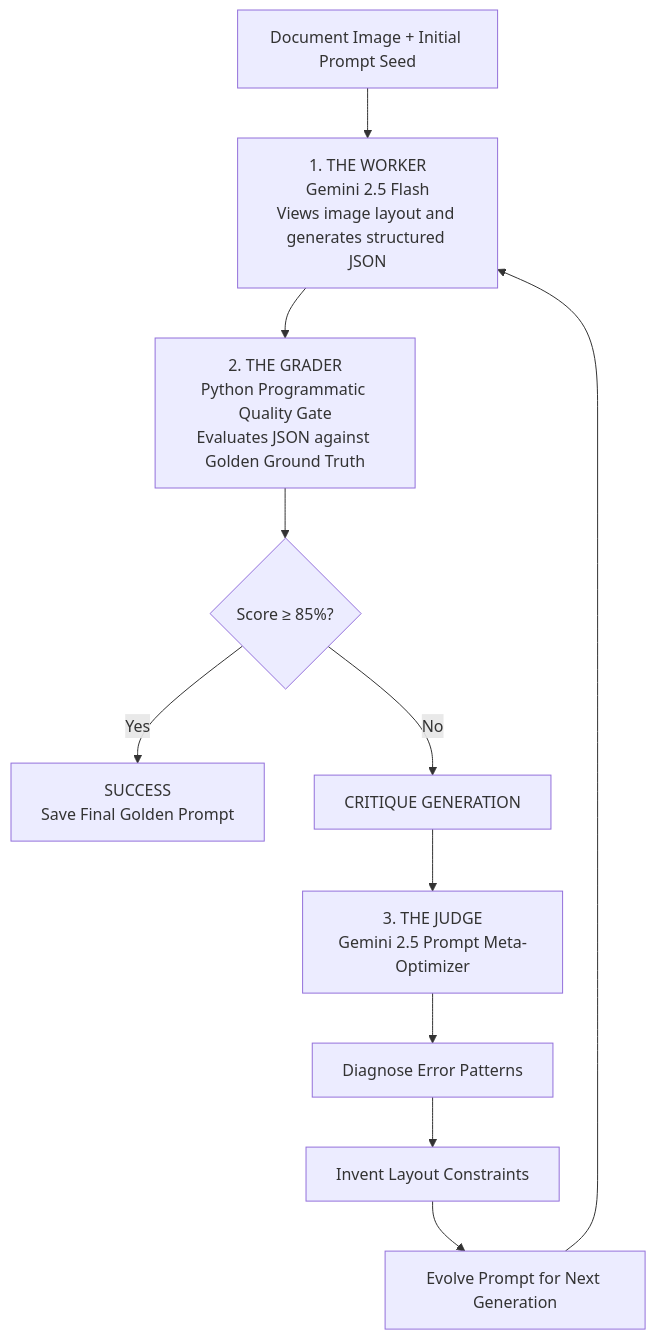
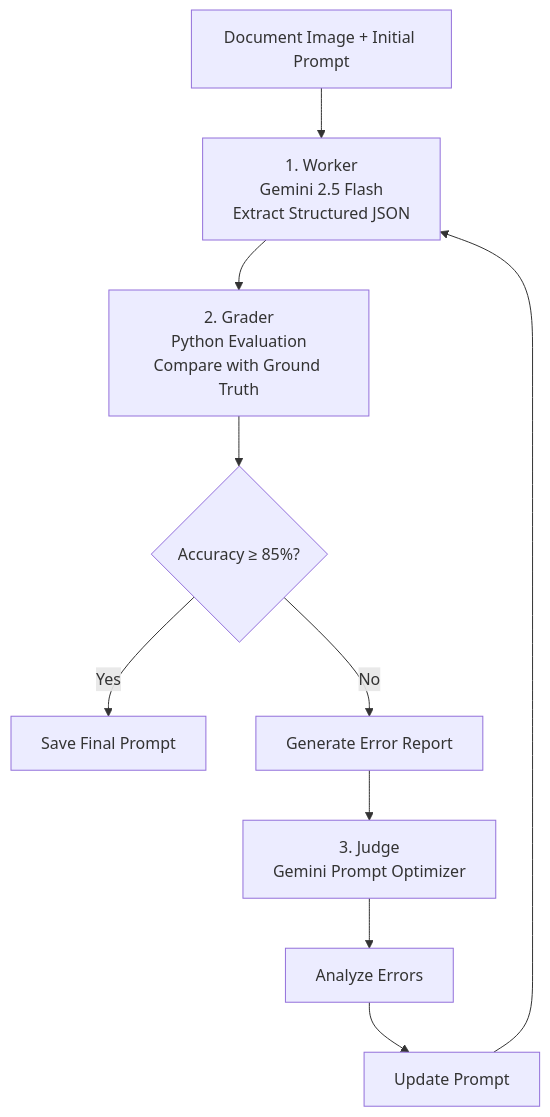
The diagram in README.md (yhlien1221/gemini-prompt-evolution-form-parser), drawn with Mermaid before and after one commit. The commit also changed other lines of this file, not shown here.

````diff
--- a/README.md
+++ b/README.md
@@ -21,25 +41,23 @@
 ```mermaid
 flowchart TD
 
-    A[Document Image + Initial Prompt Seed]
+    A[Document Image + Initial Prompt]
 
-    A --> B[1. THE WORKER<br/>Gemini 2.5 Flash<br/>Views image layout and generates structured JSON]
+    A --> B[1. Worker<br/>Gemini 2.5 Flash<br/>Extract Structured JSON]
 
-    B --> C[2. THE GRADER<br/>Python Programmatic Quality Gate<br/>Evaluates JSON against Golden Ground Truth]
+    B --> C[2. Grader<br/>Python Evaluation<br/>Compare with Ground Truth]
 
-    C --> D{Score ≥ 85%?}
+    C --> D{Accuracy ≥ 85%?}
 
-    D -->|Yes| E[SUCCESS<br/>Save Final Golden Prompt]
+    D -->|Yes| E[Save Final Prompt]
 
-    D -->|No| F[CRITIQUE GENERATION]
+    D -->|No| F[Generate Error Report]
 
-    F --> G[3. THE JUDGE<br/>Gemini 2.5 Prompt Meta-Optimizer]
+    F --> G[3. Judge<br/>Gemini Prompt Optimizer]
 
-    G --> H[Diagnose Error Patterns]
+    G --> H[Analyze Errors]
 
-    H --> I[Invent Layout Constraints]
+    H --> I[Update Prompt]
 
-    I --> J[Evolve Prompt for Next Generation]
-
-    J --> B
+    I --> B
 ```
````
